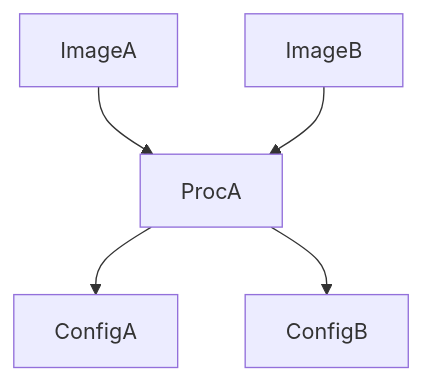
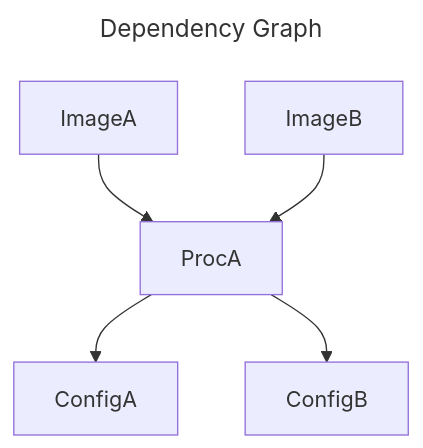
Before and after one commit to hassanali1228/hassan: the diagram in _posts/2024-01-15-why-immutable.md, drawn with Mermaid. The commit also changed 2 other files, not shown here.

Commit message:
graph title

````diff
--- a/_posts/2024-01-15-why-immutable.md
+++ b/_posts/2024-01-15-why-immutable.md
@@ -61,7 +61,10 @@
 ```mermaid
+---
+title: Dependency Graph
+---
 flowchart TD
     ImageA --> ProcA
     ImageB --> ProcA
     ProcA --> ConfigA 
     ProcA --> ConfigB
 ```
````
